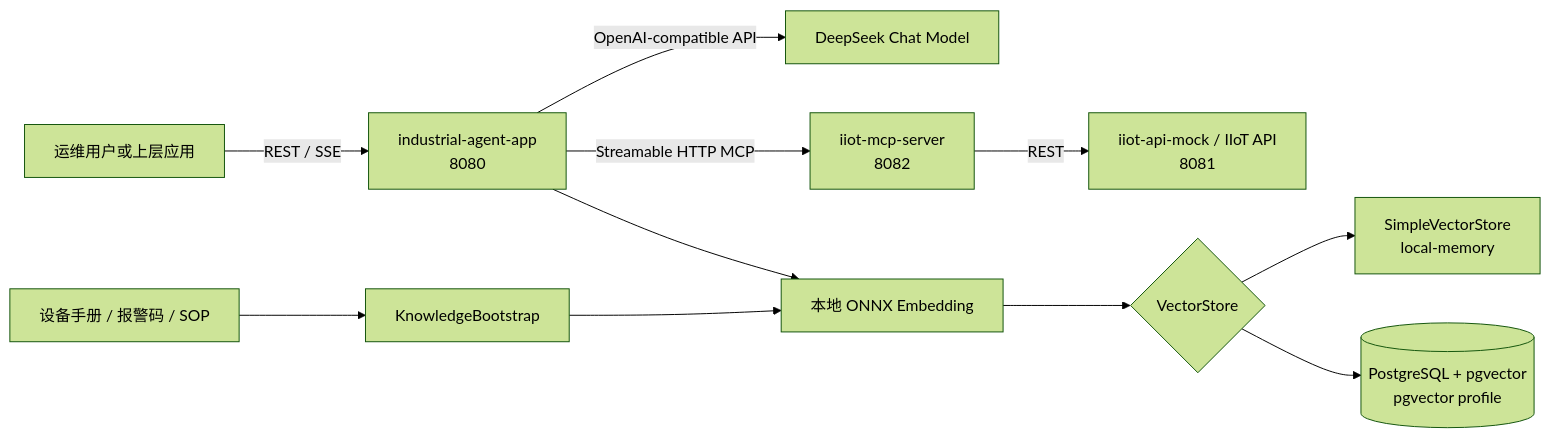
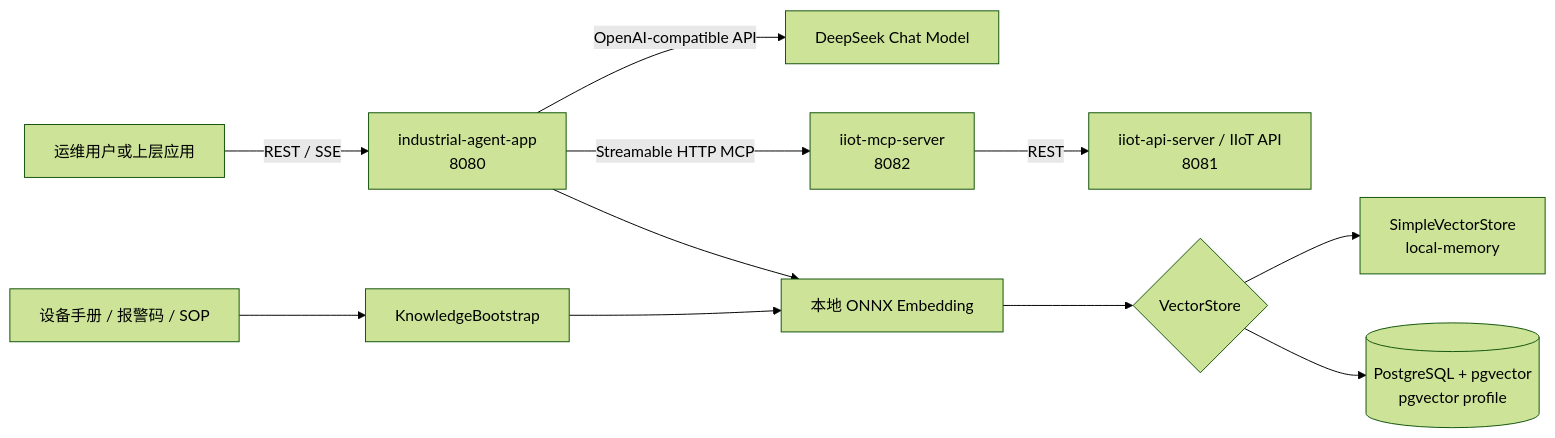
Before and after one commit to kimsshen/Ai-Agent: the first of 4 diagrams in INDUSTRIAL_AI_AGENT_DETAILED_DESIGN.md, drawn with Mermaid (forest theme). The commit also changed other lines of this file and 26 other files, not shown here.

````diff
--- a/INDUSTRIAL_AI_AGENT_DETAILED_DESIGN.md
+++ b/INDUSTRIAL_AI_AGENT_DETAILED_DESIGN.md
@@ -60,13 +60,13 @@
 ```mermaid
 flowchart LR
     U[运维用户或上层应用] -->|REST / SSE| A[industrial-agent-app<br/>8080]
     A -->|OpenAI-compatible API| L[DeepSeek Chat Model]
     A -->|Streamable HTTP MCP| M[iiot-mcp-server<br/>8082]
-    M -->|REST| I[iiot-api-mock / IIoT API<br/>8081]
+    M -->|REST| I[iiot-api-server / IIoT API<br/>8081]
     A --> E[本地 ONNX Embedding]
     E --> V{VectorStore}
     V --> S[SimpleVectorStore<br/>local-memory]
     V --> P[(PostgreSQL + pgvector<br/>pgvector profile)]
     K[设备手册 / 报警码 / SOP] --> B[KnowledgeBootstrap]
     B --> E
 ```
````
